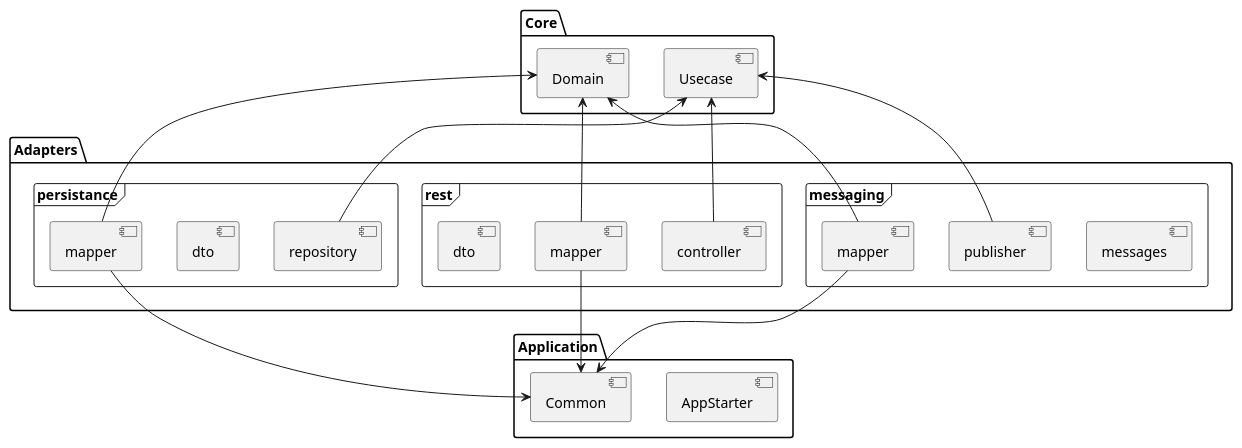
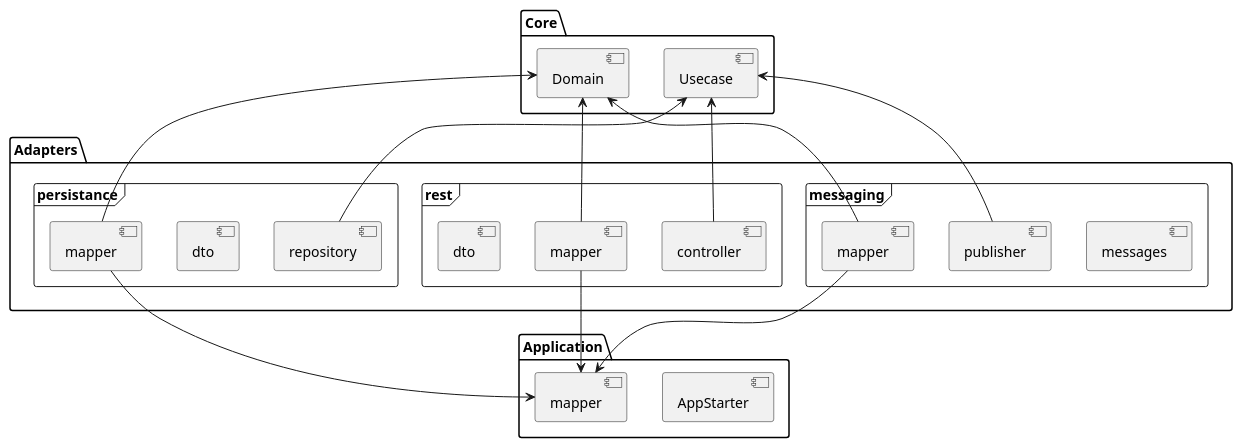
The diagram in doc/architecture.puml (adrianoatsignavio/puzzle-service-template), drawn with PlantUML before and after one commit. The commit also changed 21 other files, not shown here.

```diff
--- a/doc/architecture.puml
+++ b/doc/architecture.puml
@@ -1,44 +1,44 @@
 @startuml
 
 package "Core" {
 	[Domain] as domain
 	[Usecase] as usecase
 }
 
 package "Application" {
 	[AppStarter]
-	[Common] as common
+	[mapper] as mapper
 }
 
 package "Adapters" {
 	frame "rest" {
 		[controller] as rest_controller
 		[mapper] as rest_mapper
 		[dto] as rest_dto
 	}
 	frame "persistance" {
 		[mapper] as persistance_mapper
 		[dto] as persistance_model
 		[repository] as persistance_repository
 	}
 	frame "messaging" {
 		[messages] as messages
 		[publisher]
 		[mapper] as messaging_mapper
 	}
 }
 
 domain <-- rest_mapper
 domain <-- persistance_mapper
 domain <-- messaging_mapper
 
 rest_controller -up-> usecase
 publisher -up-> usecase
 persistance_repository -up-> usecase
 
-rest_mapper --> common
-persistance_mapper --> common
-messaging_mapper --> common
+rest_mapper --> mapper
+persistance_mapper --> mapper
+messaging_mapper --> mapper
 
 
 @enduml
```
